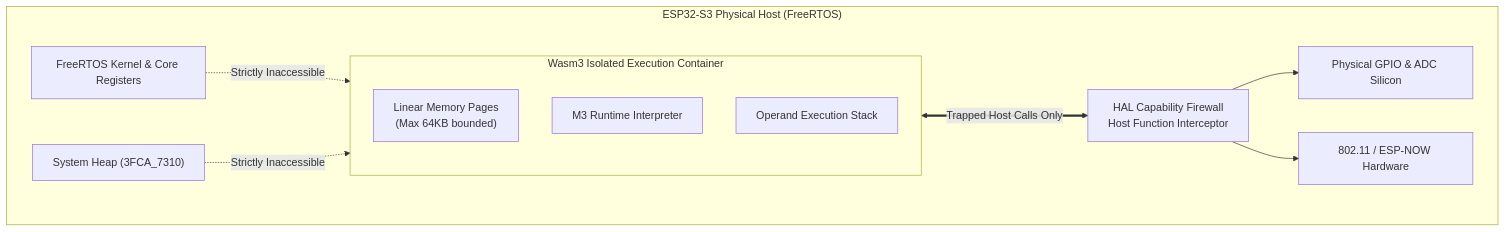
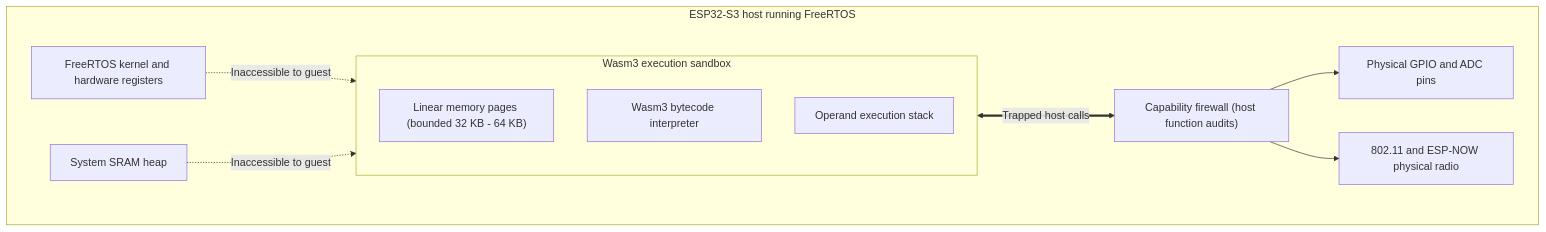
One commit to arterialist/kube32 changed the first of 2 diagrams in docs/architecture/wasm-runtime.md. Above: the diagram before and after it, drawn with Mermaid. The commit also changed other lines of this file and 16 other files, not shown here.

````diff
--- a/docs/architecture/wasm-runtime.md
+++ b/docs/architecture/wasm-runtime.md
@@ -15,24 +17,24 @@
 ```mermaid
 graph TD
-    subgraph Host["ESP32-S3 Physical Host (FreeRTOS)"]
-        SYS["FreeRTOS Kernel & Core Registers"]
-        HEAP["System Heap (3FCA_7310)"]
-        RADIO["802.11 / ESP-NOW Hardware"]
-        PINS["Physical GPIO & ADC Silicon"]
+    subgraph Host["ESP32-S3 host running FreeRTOS"]
+        KERNEL["FreeRTOS kernel and hardware registers"]
+        HEAP["System SRAM heap"]
+        RADIO["802.11 and ESP-NOW physical radio"]
+        PINS["Physical GPIO and ADC pins"]
 
-        subgraph Sandbox["Wasm3 Isolated Execution Container"]
-            GUEST_MEM["Linear Memory Pages<br/>(Max 64KB bounded)"]
-            INTERP["M3 Runtime Interpreter"]
-            STACK["Operand Execution Stack"]
+        subgraph Sandbox["Wasm3 execution sandbox"]
+            GUEST_MEM["Linear memory pages (bounded 32 KB - 64 KB)"]
+            INTERP["Wasm3 bytecode interpreter"]
+            STACK["Operand execution stack"]
         end
 
-        GATE["HAL Capability Firewall<br/>Host Function Interceptor"]
+        GATE["Capability firewall (host function audits)"]
 
-        Sandbox <==>|"Trapped Host Calls Only"| GATE
+        Sandbox <==>|"Trapped host calls"| GATE
         GATE --> PINS
         GATE --> RADIO
     end
 
-    SYS -.->|"Strictly Inaccessible"| Sandbox
-    HEAP -.->|"Strictly Inaccessible"| Sandbox
+    KERNEL -.->|"Inaccessible to guest"| Sandbox
+    HEAP -.->|"Inaccessible to guest"| Sandbox
 ```
````
